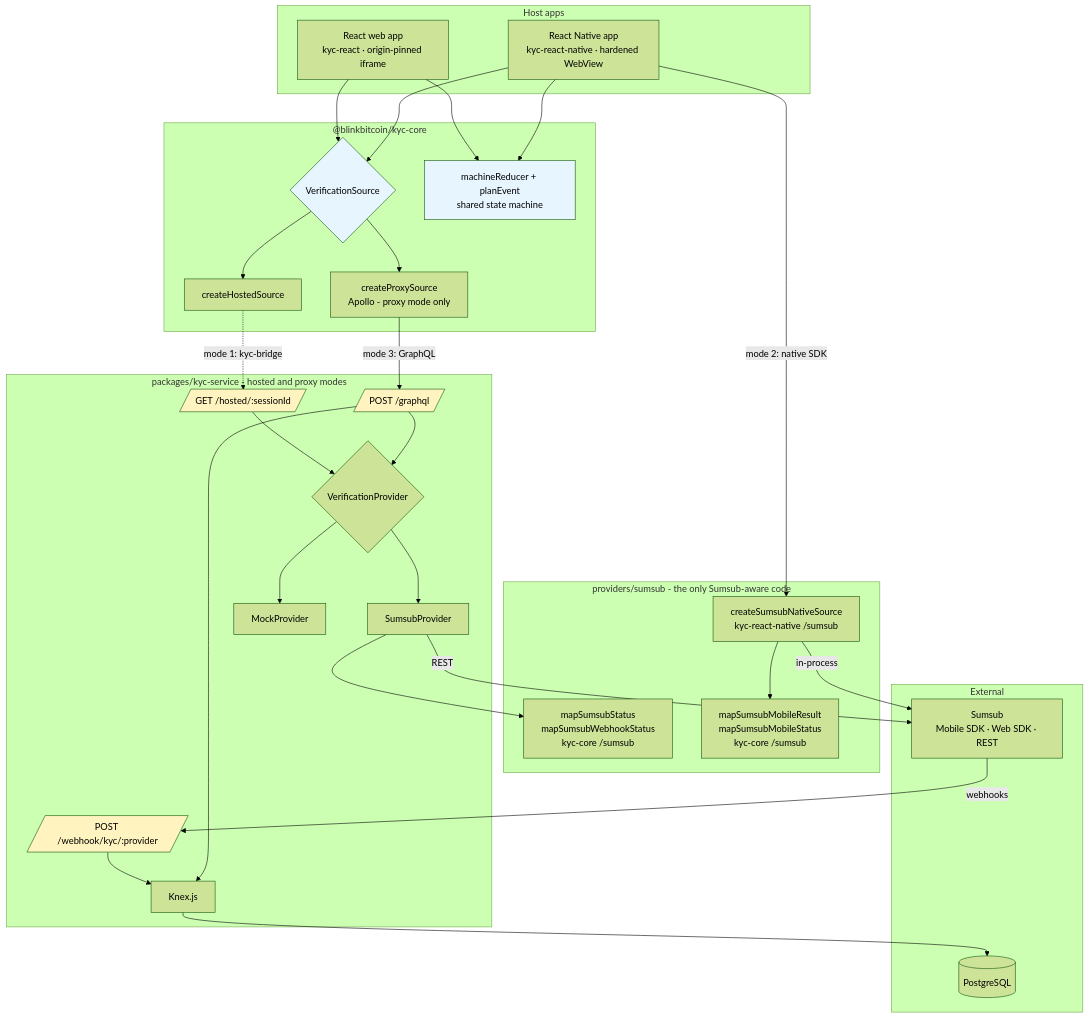
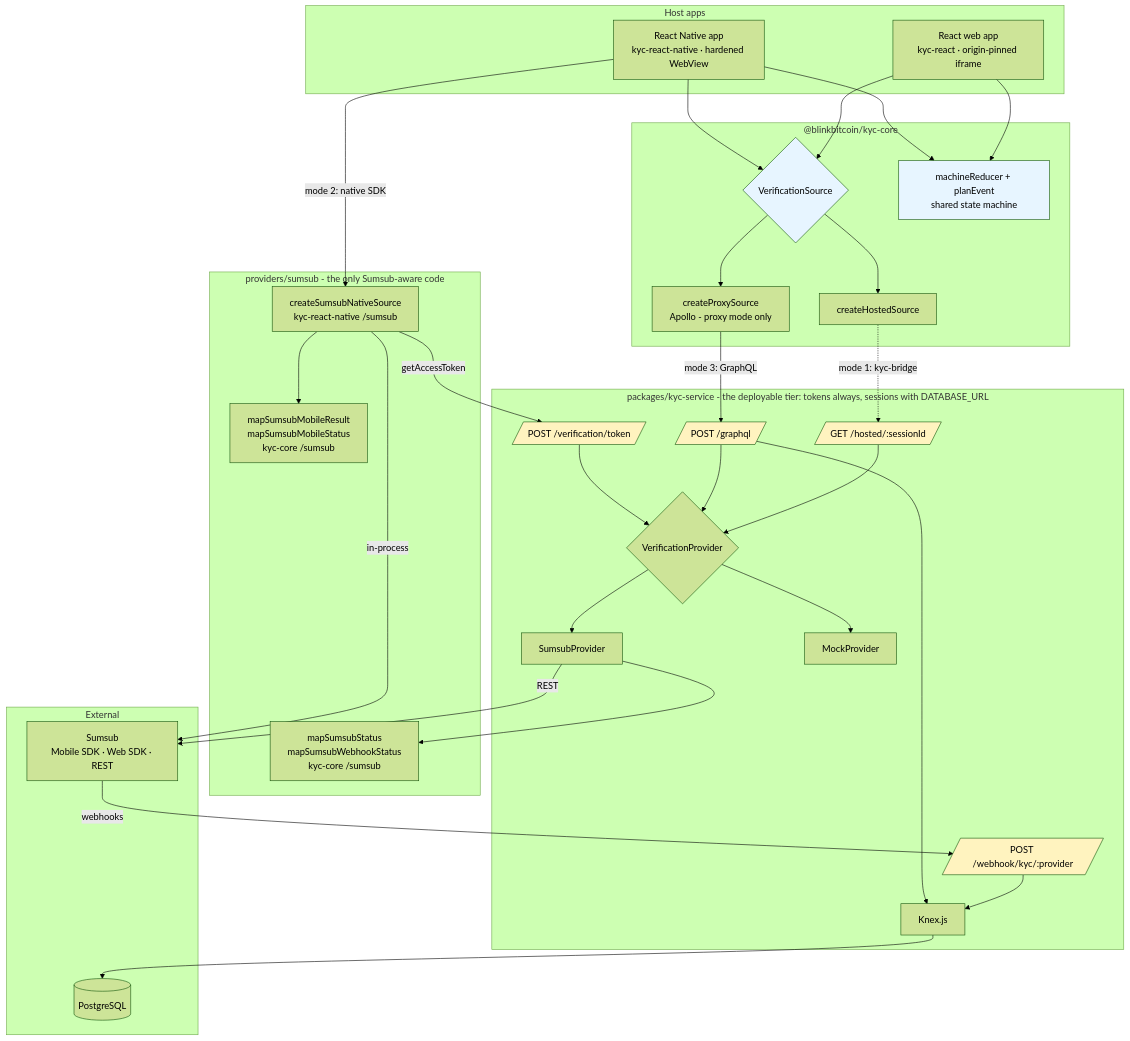
Before and after one commit to blinkbitcoin/kyc: the diagram in docs/diagrams/src/system-architecture.mmd, drawn with Mermaid (forest theme). The commit also changed 21 other files, not shown here.

```diff
--- a/docs/diagrams/src/system-architecture.mmd
+++ b/docs/diagrams/src/system-architecture.mmd
@@ -1,59 +1,63 @@
 flowchart TB
     subgraph Hosts["Host apps"]
         RN[React Native app<br/>kyc-react-native · hardened WebView]
         WEB[React web app<br/>kyc-react · origin-pinned iframe]
     end
 
     subgraph Core["@blinkbitcoin/kyc-core"]
         SRC{VerificationSource}
         MACHINE[machineReducer + planEvent<br/>shared state machine]
         HOSTED[createHostedSource]
         PROXY[createProxySource<br/>Apollo - proxy mode only]
     end
 
     subgraph Sumsub["providers/sumsub - the only Sumsub-aware code"]
         MAP[mapSumsubStatus<br/>mapSumsubWebhookStatus<br/>kyc-core /sumsub]
         NATIVEMAP[mapSumsubMobileResult<br/>mapSumsubMobileStatus<br/>kyc-core /sumsub]
         NATIVE[createSumsubNativeSource<br/>kyc-react-native /sumsub]
     end
 
-    subgraph Backend["packages/kyc-service - hosted and proxy modes"]
+    subgraph Backend["packages/kyc-service - the deployable tier: tokens always, sessions with DATABASE_URL"]
+        TOKEN[/"POST /verification/token"/]
         GQL[/"POST /graphql"/]
         PAGE[/"GET /hosted/:sessionId"/]
         WH[/"POST /webhook/kyc/:provider"/]
         PROV{VerificationProvider}
         SUMP[SumsubProvider]
         MOCK[MockProvider]
         KNEX[Knex.js]
     end
 
     subgraph External["External"]
         SDK[Sumsub<br/>Mobile SDK · Web SDK · REST]
         DB[(PostgreSQL)]
     end
 
     RN --> SRC
     WEB --> SRC
     RN --> MACHINE
     WEB --> MACHINE
     SRC --> HOSTED & PROXY
     RN -- "mode 2: native SDK" --> NATIVE
     NATIVE --> NATIVEMAP
+    NATIVE -- "getAccessToken" --> TOKEN
     NATIVE -- "in-process" --> SDK
+    TOKEN --> PROV
     HOSTED -. "mode 1: kyc-bridge" .-> PAGE
     PROXY -- "mode 3: GraphQL" --> GQL
     GQL --> PROV
     PAGE --> PROV
     PROV --> SUMP & MOCK
     SUMP --> MAP
     SUMP -- "REST" --> SDK
     SDK -- "webhooks" --> WH
     GQL --> KNEX
     WH --> KNEX
     KNEX --> DB
 
     style SRC fill:#e7f5ff
     style MACHINE fill:#e7f5ff
+    style TOKEN fill:#fff3bf
     style GQL fill:#fff3bf
     style PAGE fill:#fff3bf
     style WH fill:#fff3bf
```
